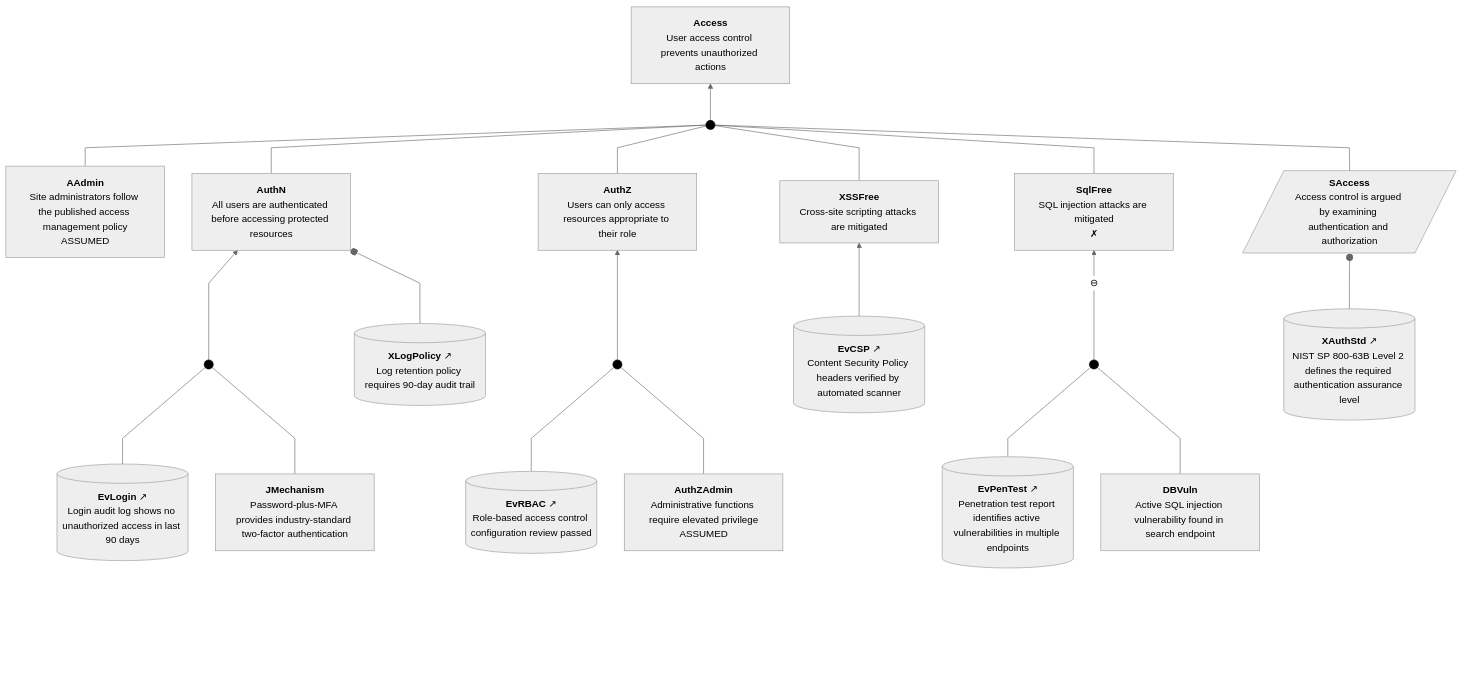
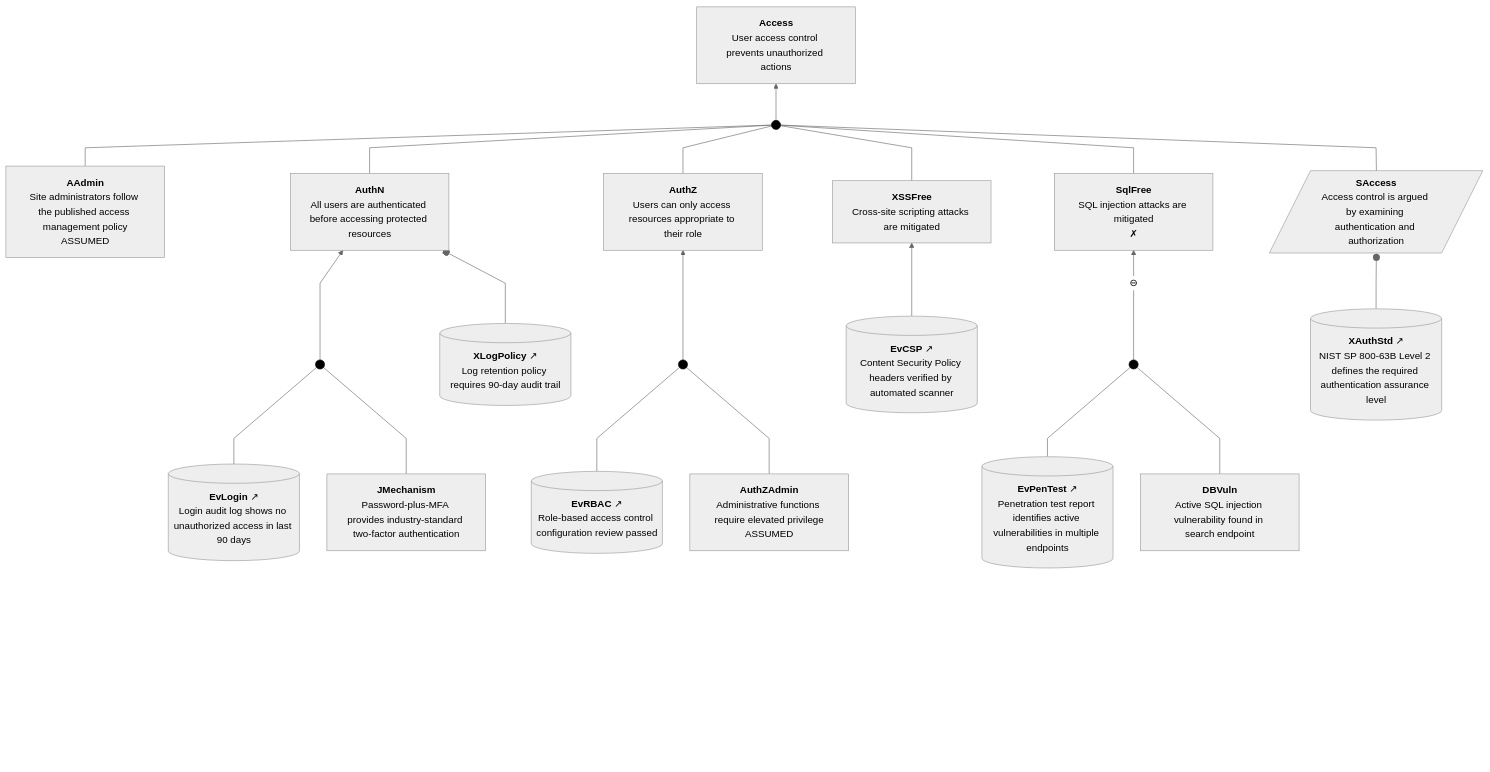
The second of 12 diagrams in tests/fixtures/demo-output.expected.md (david-a-wheeler/verocase), drawn with Mermaid before and after one commit. The commit also changed other lines of this file and 8 other files, not shown here.

Commit message:
Increase bottom padding by lengthening connector

```diff
--- a/tests/fixtures/demo-output.expected.md
+++ b/tests/fixtures/demo-output.expected.md
@@ -124,16 +124,16 @@
     click EvPenTest "https://github.com/david-a-wheeler/verocase/blob/main/tests/fixtures/demo-output.expected.md#evidence-evpentest"
     click DBVuln "https://github.com/david-a-wheeler/verocase/blob/main/tests/fixtures/demo-output.expected.md#claim-dbvuln"
 
-    BottomPadding1["<br/><br/><br/>"]:::invisible ~~~ AAdmin
-    BottomPadding2["<br/><br/><br/>"]:::invisible ~~~ XAuthStd
-    BottomPadding3["<br/><br/><br/>"]:::invisible ~~~ EvLogin
-    BottomPadding4["<br/><br/><br/>"]:::invisible ~~~ JMechanism
-    BottomPadding5["<br/><br/><br/>"]:::invisible ~~~ XLogPolicy
-    BottomPadding6["<br/><br/><br/>"]:::invisible ~~~ EvRBAC
-    BottomPadding7["<br/><br/><br/>"]:::invisible ~~~ AuthZAdmin
-    BottomPadding8["<br/><br/><br/>"]:::invisible ~~~ EvCSP
-    BottomPadding9["<br/><br/><br/>"]:::invisible ~~~ EvPenTest
-    BottomPadding10["<br/><br/><br/>"]:::invisible ~~~ DBVuln
+    BottomPadding1["<br/><br/><br/>"]:::invisible ~~~~ AAdmin
+    BottomPadding2["<br/><br/><br/>"]:::invisible ~~~~ XAuthStd
+    BottomPadding3["<br/><br/><br/>"]:::invisible ~~~~ EvLogin
+    BottomPadding4["<br/><br/><br/>"]:::invisible ~~~~ JMechanism
+    BottomPadding5["<br/><br/><br/>"]:::invisible ~~~~ XLogPolicy
+    BottomPadding6["<br/><br/><br/>"]:::invisible ~~~~ EvRBAC
+    BottomPadding7["<br/><br/><br/>"]:::invisible ~~~~ AuthZAdmin
+    BottomPadding8["<br/><br/><br/>"]:::invisible ~~~~ EvCSP
+    BottomPadding9["<br/><br/><br/>"]:::invisible ~~~~ EvPenTest
+    BottomPadding10["<br/><br/><br/>"]:::invisible ~~~~ DBVuln
     EvLogin --- Dot1
     JMechanism --- Dot1
     Dot1 --> AuthN
```
